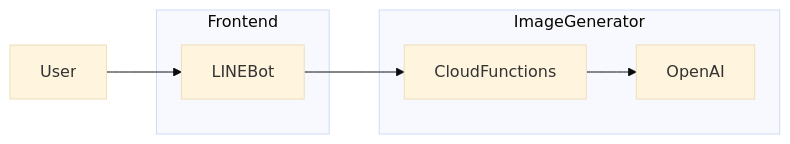
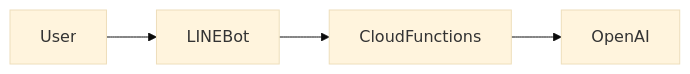
The diagram in docs/_posts/2023-02-17-LINEBot.md (metaproxy-technologies/pages), drawn with Mermaid (base theme) before and after one commit.

````diff
--- a/docs/_posts/2023-02-17-LINEBot.md
+++ b/docs/_posts/2023-02-17-LINEBot.md
@@ -13,13 +13,4 @@
 ```mermaid
 graph LR;
-
   User --> LINEBot --> CloudFunctions --> OpenAI
-
-  subgraph Frontend;
-    LINEBot
-  end
-  subgraph ImageGenerator;
-    CloudFunctions
-    OpenAI
-  end
 ```
````
